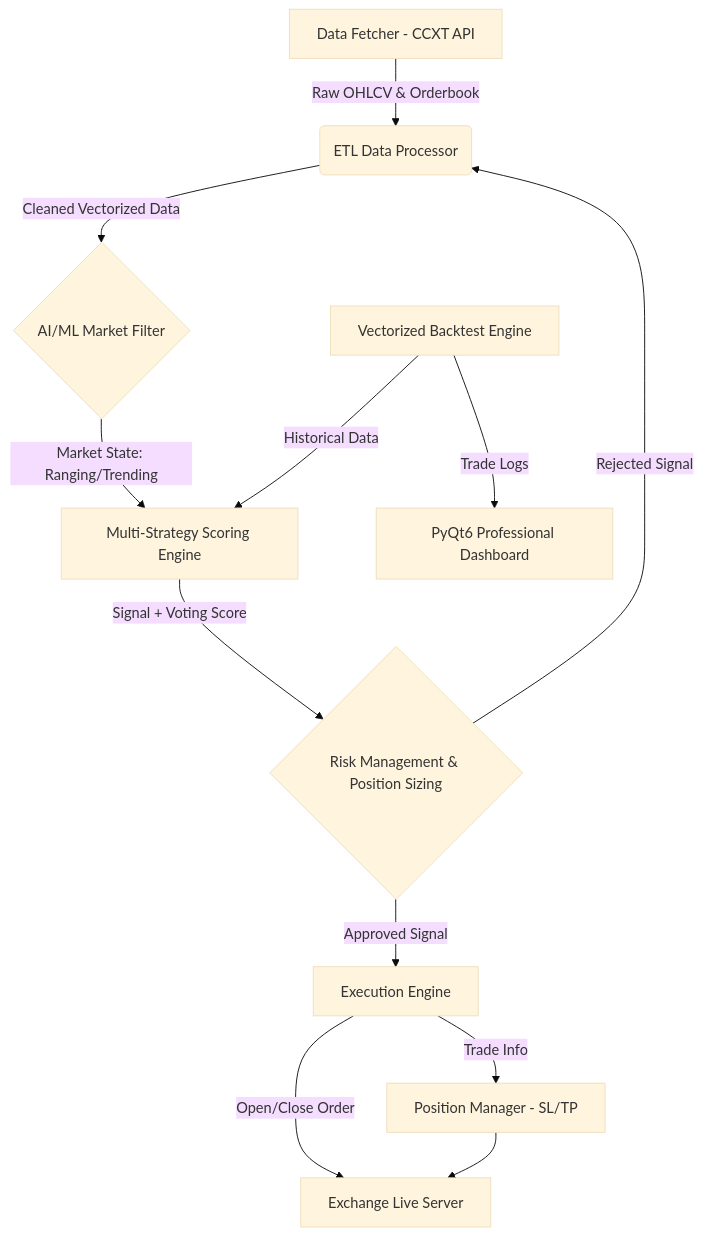
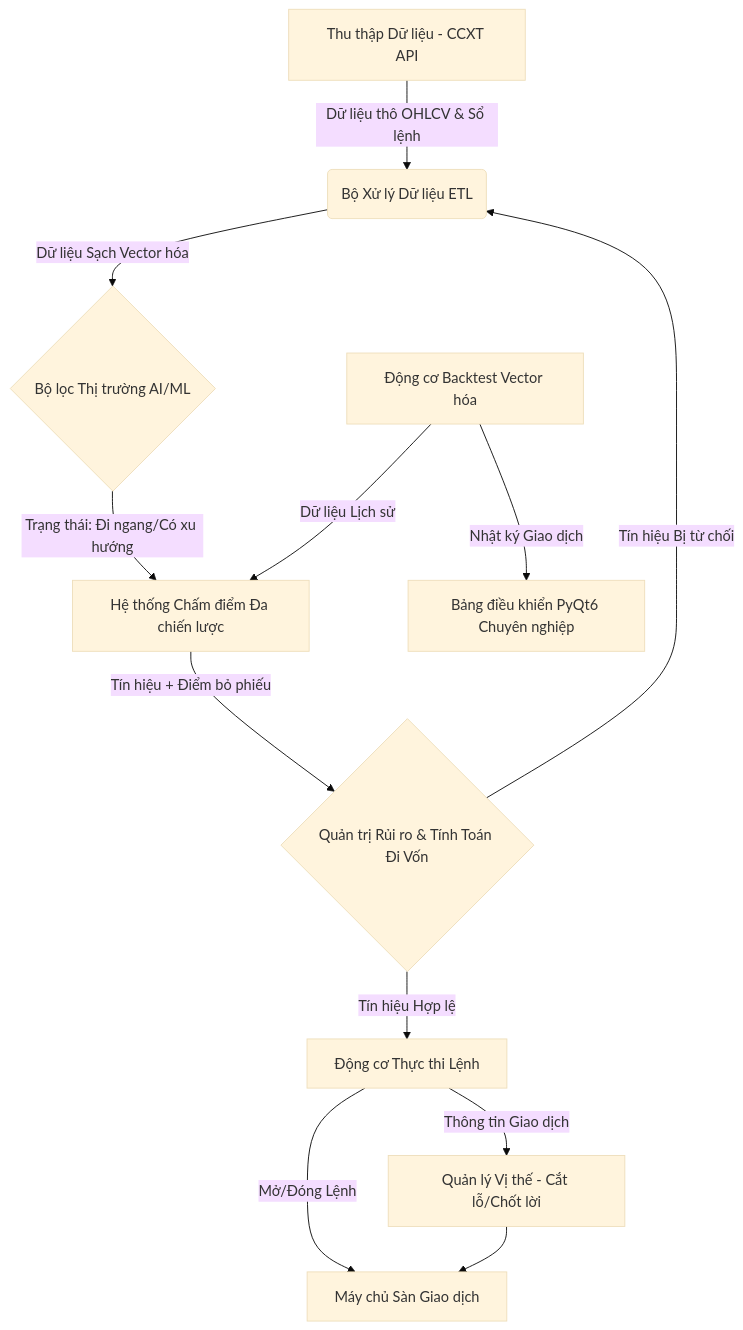
Before and after one commit to PVinh05-Quant/Kairos-Quant-System: the diagram in README.md, drawn with Mermaid (base theme). The commit also changed other lines of this file, not shown here.

`````diff
--- a/README.md
+++ b/README.md
@@ -108,15 +108,15 @@
 ```mermaid
 graph TD
-    A[Data Fetcher - CCXT API] -->|Raw OHLCV & Orderbook| B(ETL Data Processor)
-    B -->|Cleaned Vectorized Data| C{AI/ML Market Filter}
-    C -->|Market State: Ranging/Trending| D[Multi-Strategy Scoring Engine]
-    D -->|Signal + Voting Score| E{Risk Management & Position Sizing}
-    E -->|Approved Signal| F[Execution Engine]
-    E -->|Rejected Signal| B
-    F -->|Open/Close Order| G[Exchange Live Server]
-    F -->|Trade Info| H[Position Manager - SL/TP]
+    A[Thu thập Dữ liệu - CCXT API] -->|Dữ liệu thô OHLCV & Sổ lệnh| B(Bộ Xử lý Dữ liệu ETL)
+    B -->|Dữ liệu Sạch Vector hóa| C{Bộ lọc Thị trường AI/ML}
+    C -->|Trạng thái: Đi ngang/Có xu hướng| D[Hệ thống Chấm điểm Đa chiến lược]
+    D -->|Tín hiệu + Điểm bỏ phiếu| E{Quản trị Rủi ro & Tính Toán Đi Vốn}
+    E -->|Tín hiệu Hợp lệ| F[Động cơ Thực thi Lệnh]
+    E -->|Tín hiệu Bị từ chối| B
+    F -->|Mở/Đóng Lệnh| G[Máy chủ Sàn Giao dịch]
+    F -->|Thông tin Giao dịch| H[Quản lý Vị thế - Cắt lỗ/Chốt lời]
     H --> G
     
-    I[Vectorized Backtest Engine] -->|Historical Data| D
-    I -->|Trade Logs| J[PyQt6 Professional Dashboard]
+    I[Động cơ Backtest Vector hóa] -->|Dữ liệu Lịch sử| D
+    I -->|Nhật ký Giao dịch| J[Bảng điều khiển PyQt6 Chuyên nghiệp]
 ````
`````
